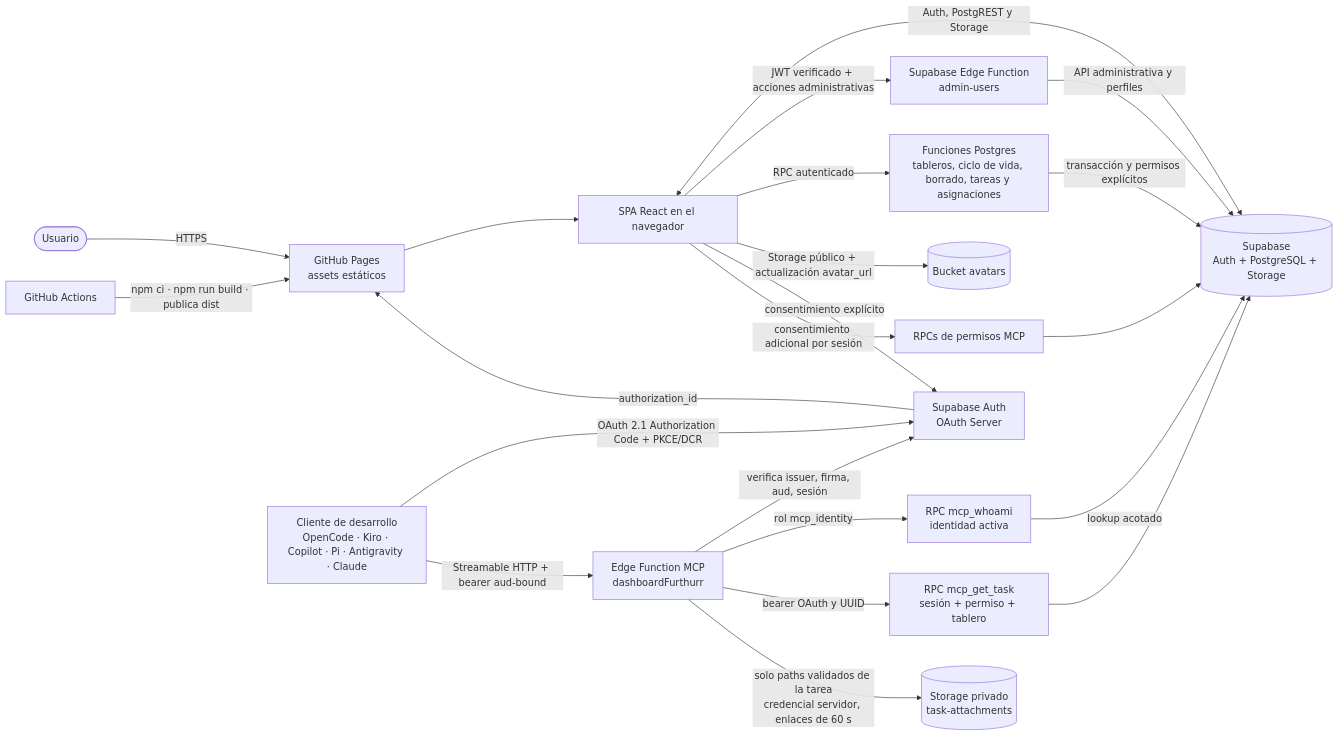
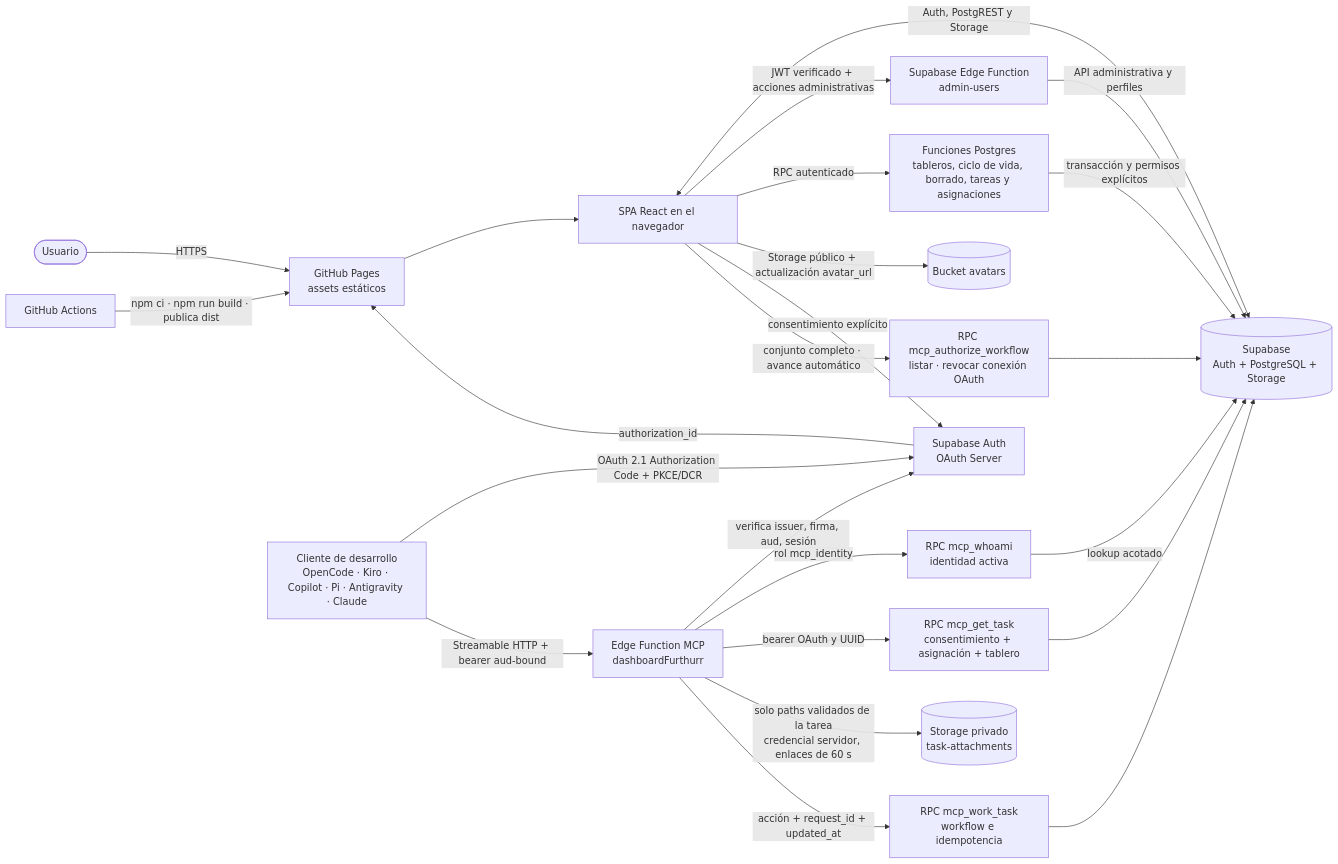
One commit to furthurr/dashboardFurthurr changed the diagram in .architecture/README.md. Above: the diagram before and after it, drawn with Mermaid. The commit also changed other lines of this file and 25 other files, not shown here.

First line of the commit message:
fix(boards): aclarar error de borrado y documentar workflow MCP

````diff
--- a/.architecture/README.md
+++ b/.architecture/README.md
@@ -34,24 +37,26 @@
 ```mermaid
 flowchart LR
   user([Usuario]) -->|HTTPS| pages[GitHub Pages<br/>assets estáticos]
   pages --> browser[SPA React en el navegador]
   browser <-->|Auth, PostgREST y Storage| supabase[(Supabase<br/>Auth + PostgreSQL + Storage)]
   browser -->|JWT verificado + acciones administrativas| edge[Supabase Edge Function<br/>admin-users]
   edge -->|API administrativa y perfiles| supabase
   browser -->|RPC autenticado| rpc[Funciones Postgres<br/>tableros, ciclo de vida, borrado, tareas y asignaciones]
   rpc -->|transacción y permisos explícitos| supabase
   browser -->|Storage público + actualización avatar_url| avatars[(Bucket avatars)]
   client[Cliente de desarrollo<br/>OpenCode · Kiro · Copilot · Pi · Antigravity · Claude] -->|OAuth 2.1 Authorization Code + PKCE/DCR| auth[Supabase Auth<br/>OAuth Server]
   auth -->|authorization_id| pages
   browser -->|consentimiento explícito| auth
   client -->|Streamable HTTP + bearer aud-bound| mcp[Edge Function MCP<br/>dashboardFurthurr]
   mcp -->|verifica issuer, firma, aud, sesión| auth
   mcp -->|rol mcp_identity| whoami[RPC mcp_whoami<br/>identidad activa]
   whoami -->|lookup acotado| supabase
-  browser -->|consentimiento adicional por sesión| consent[RPCs de permisos MCP]
-  consent --> supabase
-  mcp -->|bearer OAuth y UUID| taskread[RPC mcp_get_task<br/>sesión + permiso + tablero]
+  mcp -->|bearer OAuth y UUID| taskread[RPC mcp_get_task<br/>consentimiento + asignación + tablero]
   taskread --> supabase
   mcp -->|solo paths validados de la tarea<br/>credencial servidor, enlaces de 60 s| files[(Storage privado<br/>task-attachments)]
+  browser -->|conjunto completo · avance automático| perms[RPC mcp_authorize_workflow<br/>listar · revocar conexión OAuth]
+  perms --> supabase
+  mcp -->|acción + request_id + updated_at| worktask[RPC mcp_work_task<br/>workflow e idempotencia]
+  worktask --> supabase
   actions[GitHub Actions] -->|npm ci · npm run build · publica dist| pages
 ```
````
